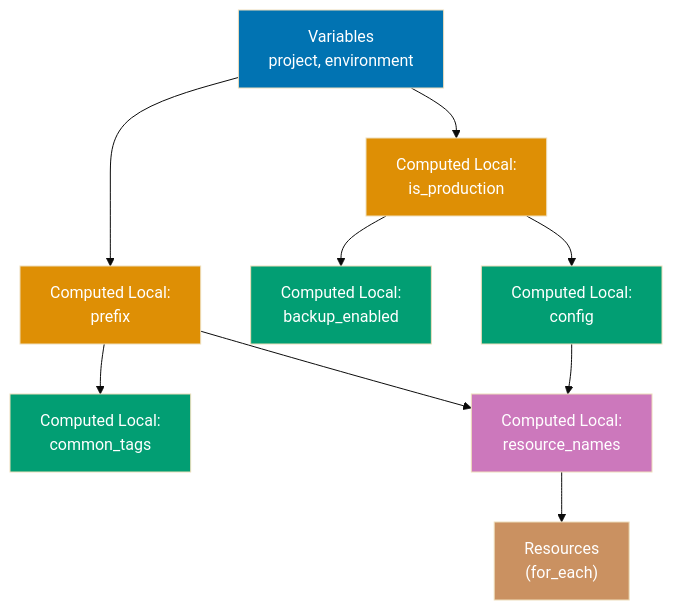
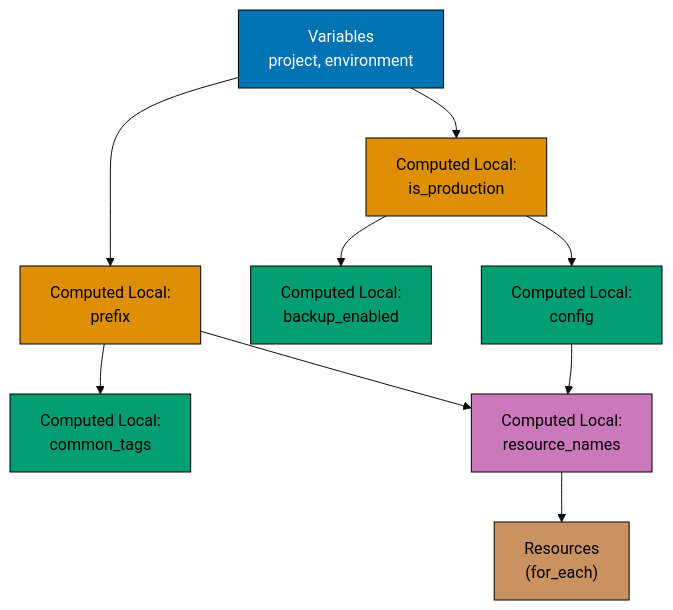
The fifth of 6 diagrams in apps/ayokoding-www/content/en/learn/legacy/software-engineering/infrastructure/tools/terraform/by-example/beginner.md (wahidyankf/ose-public), drawn with Mermaid (base theme) before and after one commit. The commit also changed other lines of this file and 131 other files, not shown here.

First line of the commit message:
fix(mermaid): bring the legacy data, infrastructure, and testing diagrams onto the accessible palette

````diff
--- a/apps/ayokoding-www/content/en/learn/legacy/software-engineering/infrastructure/tools/terraform/by-example/beginner.md
+++ b/apps/ayokoding-www/content/en/learn/legacy/software-engineering/infrastructure/tools/terraform/by-example/beginner.md
@@ -1613,21 +1644,29 @@
 ```mermaid
 %% Color Palette: Blue #0173B2, Orange #DE8F05, Teal #029E73, Purple #CC78BC, Brown #CA9161
 graph TD
+ accTitle: Example 13: Local Values
+ accDescr: Graph with 8 nodes and 8 connections. Nodes: Variables project, environment, Computed Local: prefix, Computed Local: is_production, Computed Local: backup_enabled, Computed Local: common_tags, Computed Local: config, Computed Local: resource_names, Resources 40for_each41. Connections: Variables project, environment to Computed Local: prefix, Variables project, environment to Computed Local: is_production, Computed Local: is_production to Computed Local: backup_enabled, Computed Local: prefix to Computed Local: common_tags, Computed Local: is_production to Computed Local: config, Computed Local: prefix to Computed Local: resource_names, Computed Local: config to Computed Local: resource_names, Computed Local: resource_names to Resources 40for_each41.
  A["Variables<br/>project, environment"] --> B["Computed Local:<br/>prefix"]
  A --> C["Computed Local:<br/>is_production"]
  C --> D["Computed Local:<br/>backup_enabled"]
  B --> E["Computed Local:<br/>common_tags"]
  C --> F["Computed Local:<br/>config"]
  B --> G["Computed Local:<br/>resource_names"]
  F --> G
  G --> H["Resources<br/>#40;for_each#41;"]
 
- style A fill:#0173B2,color:#fff
- style B fill:#DE8F05,color:#fff
- style C fill:#DE8F05,color:#fff
- style D fill:#029E73,color:#fff
- style E fill:#029E73,color:#fff
- style F fill:#029E73,color:#fff
- style G fill:#CC78BC,color:#fff
- style H fill:#CA9161,color:#fff
+ classDef pal-0173B2 fill:#0173B2,stroke:#000000,color:#FFFFFF
+ class A pal-0173B2
+ classDef pal-DE8F05 fill:#DE8F05,stroke:#000000,color:#000000
+ class B pal-DE8F05
+ class C pal-DE8F05
+ classDef pal-029E73 fill:#029E73,stroke:#000000,color:#000000
+ class D pal-029E73
+ class E pal-029E73
+ class F pal-029E73
+ classDef pal-CC78BC fill:#CC78BC,stroke:#000000,color:#000000
+ class G pal-CC78BC
+ classDef pal-CA9161 fill:#CA9161,stroke:#000000,color:#000000
+ class H pal-CA9161
+ classDef default fill:#FFFFFF,stroke:#000000,color:#000000
 ```
````
